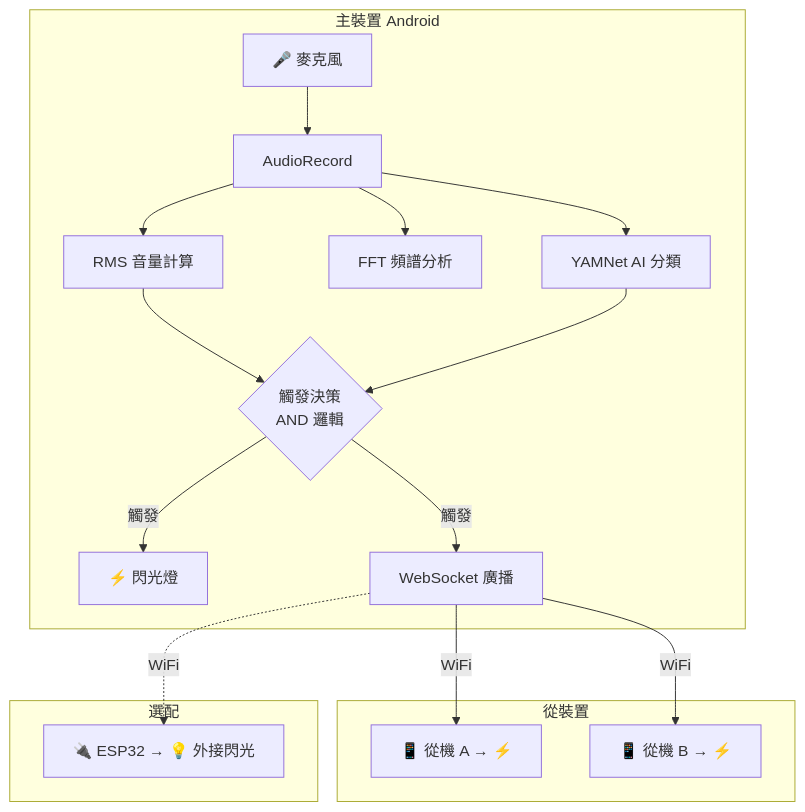
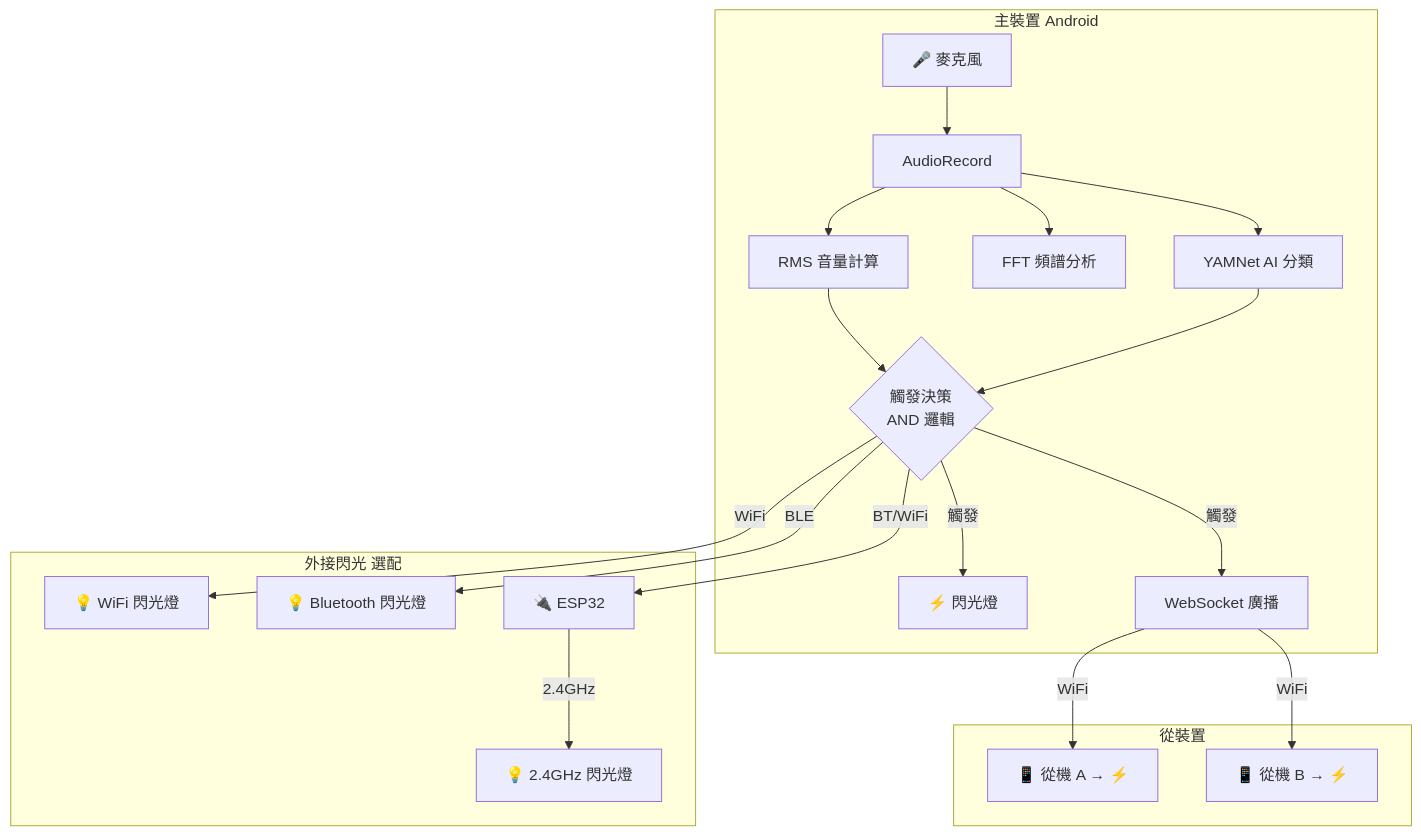
One commit to laneser/flashback changed the diagram in README.md. Above: the diagram before and after it, drawn with Mermaid. The commit also changed other lines of this file and 9 other files, not shown here.

First line of the commit message:
Update roadmap phase order and expand external flash to three options

````diff
--- a/README.md
+++ b/README.md
@@ -30,22 +32,24 @@
 ```mermaid
 graph TB
     subgraph 主裝置 Android
         MIC[🎤 麥克風] --> AR[AudioRecord]
         AR --> RMS[RMS 音量計算]
         AR --> FFT[FFT 頻譜分析]
         AR --> YN[YAMNet AI 分類]
         RMS --> TE{觸發決策<br/>AND 邏輯}
         YN --> TE
         TE -->|觸發| FLASH[⚡ 閃光燈]
         TE -->|觸發| WS[WebSocket 廣播]
     end
 
     subgraph 從裝置
         WS -->|WiFi| C1[📱 從機 A → ⚡]
         WS -->|WiFi| C2[📱 從機 B → ⚡]
     end
 
-    subgraph 選配
-        WS -.->|WiFi| ESP[🔌 ESP32 → 💡 外接閃光]
+    subgraph 外接閃光 選配
+        TE -->|WiFi| WFLASH[💡 WiFi 閃光燈]
+        TE -->|BLE| BFLASH[💡 Bluetooth 閃光燈]
+        TE -->|BT/WiFi| ESP32[🔌 ESP32] -->|2.4GHz| RFLASH[💡 2.4GHz 閃光燈]
     end
 ```
````
